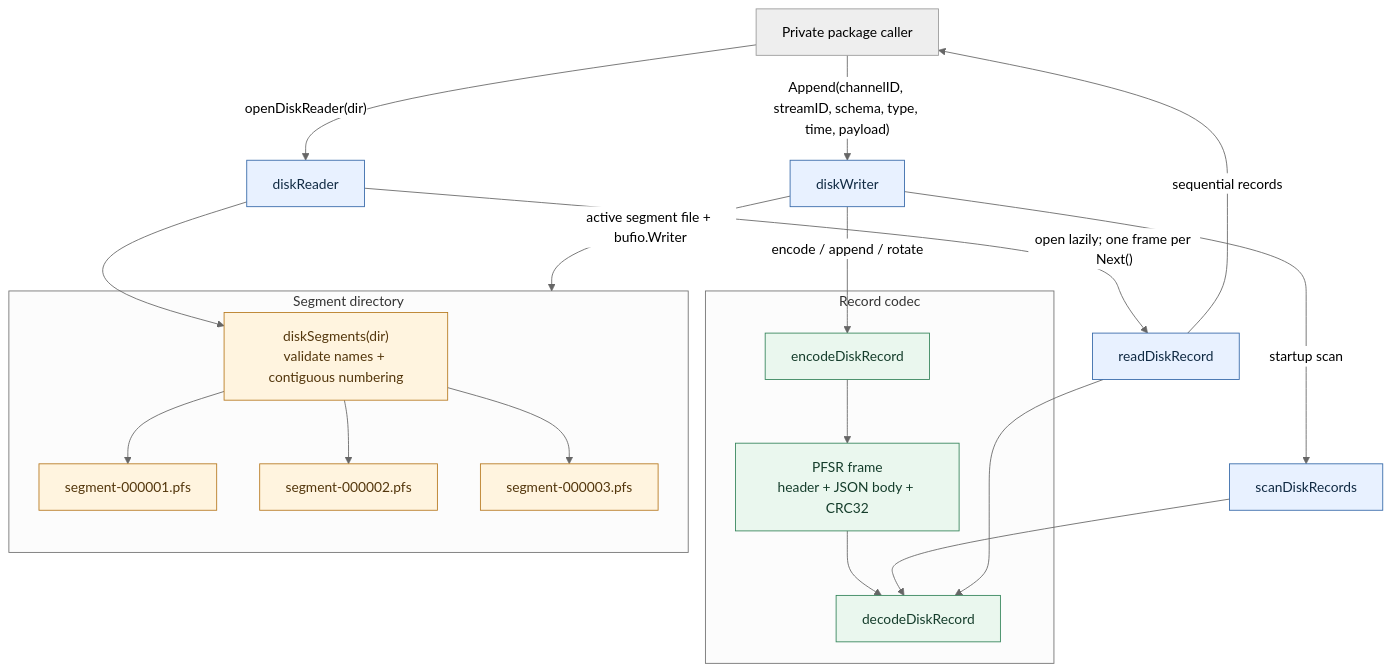
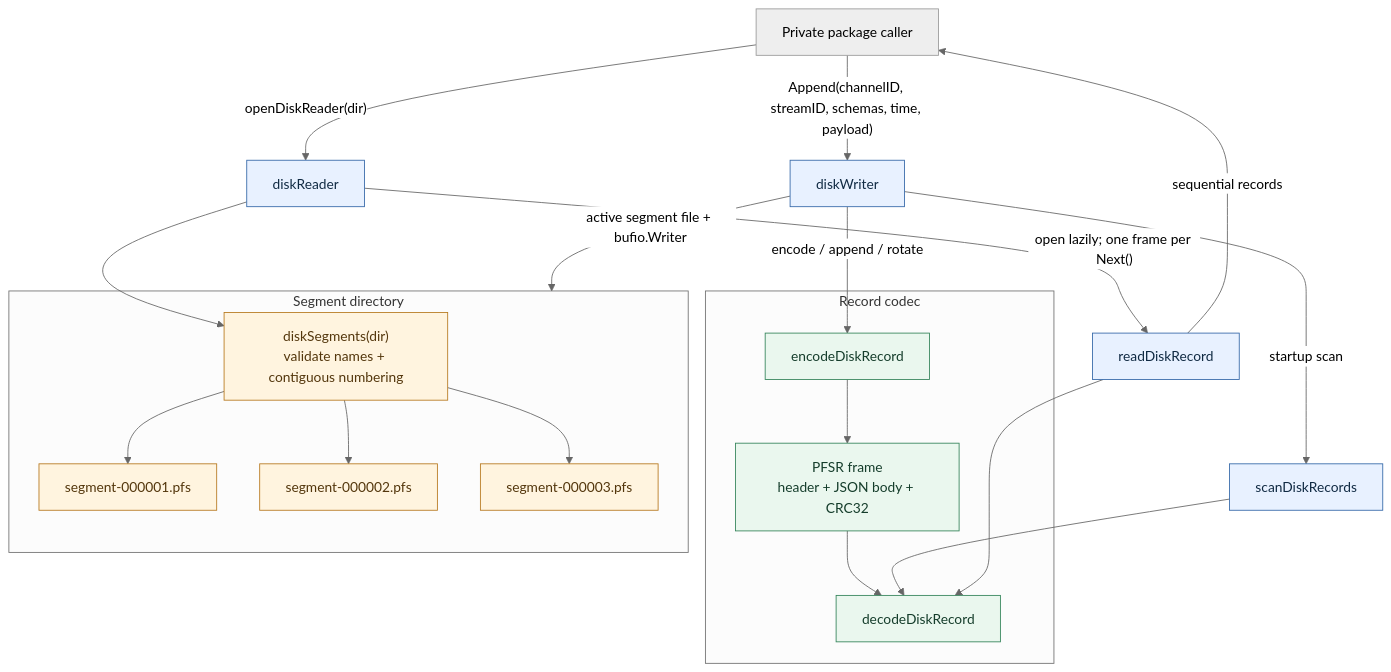
Before and after one commit to gunesis-game/pulsyflux-stream: the first of 8 diagrams in docs/storage_disk.md, drawn with Mermaid (neutral theme). The commit also changed other lines of this file, not shown here.

Commit message:
docs: describe versioned layered disk schema records

````diff
--- a/docs/storage_disk.md
+++ b/docs/storage_disk.md
@@ -23,40 +23,40 @@
 ```mermaid
 flowchart TB
-    Caller["Private package caller"] -->|"Append(channelID, streamID, schema, type, time, payload)"| Writer["diskWriter"]
+    Caller["Private package caller"] -->|"Append(channelID, streamID, schemas, time, payload)"| Writer["diskWriter"]
     Caller -->|"openDiskReader(dir)"| Reader["diskReader"]
 
     subgraph Codec["Record codec"]
       Encode["encodeDiskRecord"]
       Decode["decodeDiskRecord"]
       Frame["PFSR frame<br/>header + JSON body + CRC32"]
       Encode --> Frame
       Frame --> Decode
     end
 
     subgraph Filesystem["Segment directory"]
       Segments["diskSegments(dir)<br/>validate names + contiguous numbering"]
       S1["segment-000001.pfs"]
       S2["segment-000002.pfs"]
       S3["segment-000003.pfs"]
       Segments --> S1
       Segments --> S2
       Segments --> S3
     end
 
     Writer -->|"encode / append / rotate"| Encode
     Writer -->|"startup scan"| Scanner["scanDiskRecords"]
     Scanner --> Decode
     Writer -->|"active segment file + bufio.Writer"| Filesystem
 
     Reader --> Segments
     Reader -->|"open lazily; one frame per Next()"| ReadFrame["readDiskRecord"]
     ReadFrame --> Decode
     ReadFrame -->|"sequential records"| Caller
 
     classDef io fill:#e8f1ff,stroke:#3568a8,color:#102a43
     classDef codec fill:#eaf7ee,stroke:#34845a,color:#153d2b
     classDef disk fill:#fff4df,stroke:#b7791f,color:#53360c
     class Writer,Reader,Scanner,ReadFrame io
     class Encode,Decode,Frame codec
     class Segments,S1,S2,S3 disk
 ```
````
